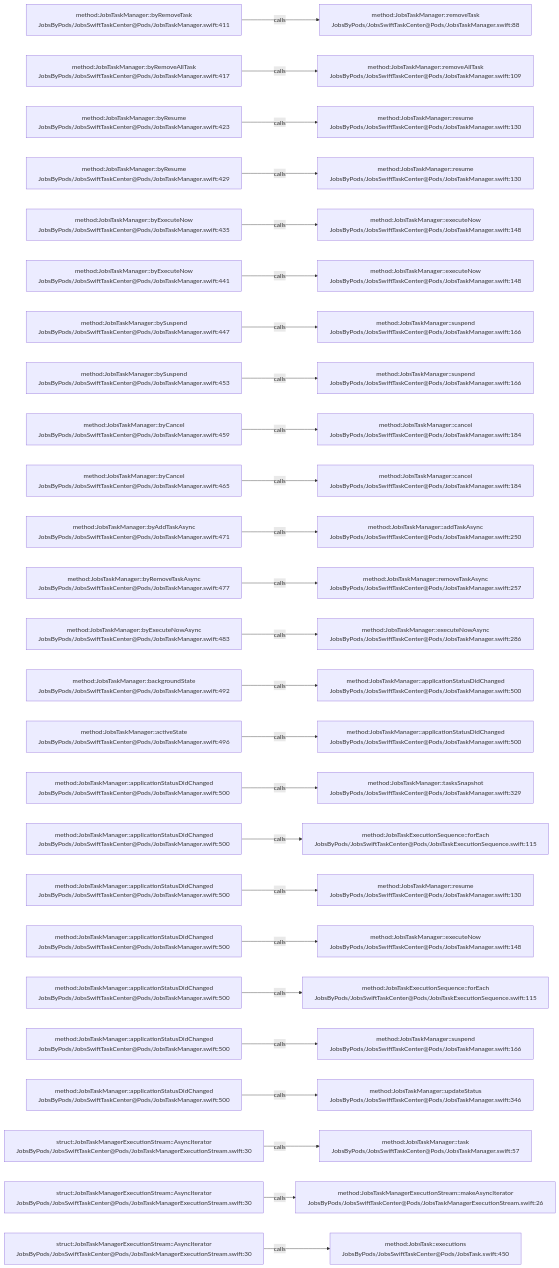
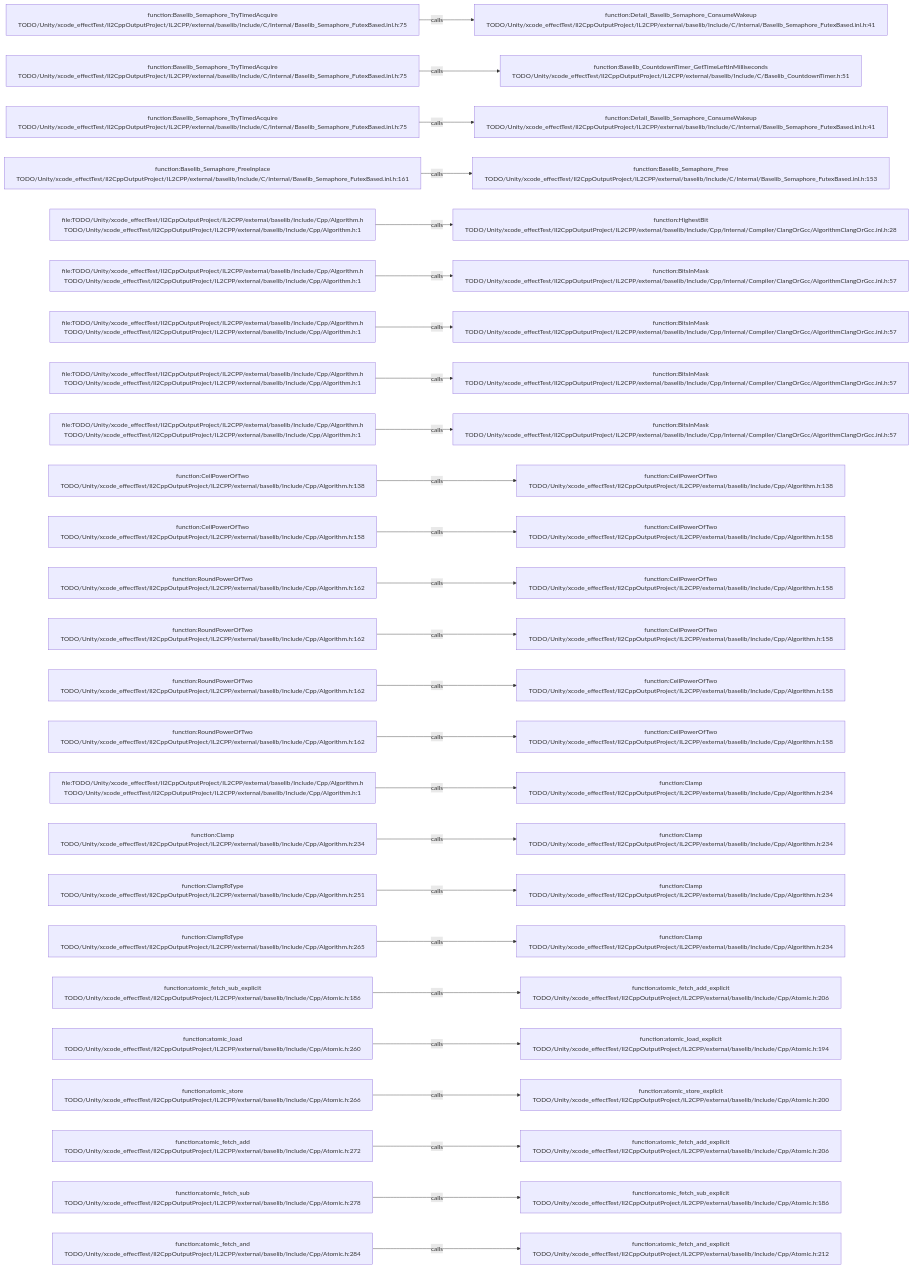
One commit to JobsKits/JobsSwiftBaseConfigDemo changed the diagram in .codegraph/codegraph.md/graphs/calls-058.md. Above: the diagram before and after it, drawn with Mermaid. The commit also changed 227 other files, not shown here.

````diff
--- a/.codegraph/codegraph.md/graphs/calls-058.md
+++ b/.codegraph/codegraph.md/graphs/calls-058.md
@@ -13,78 +13,78 @@
 ```mermaid
 flowchart LR
-  S1["method:JobsTaskManager::byRemoveTask<br/>JobsByPods/JobsSwiftTaskCenter@Pods/JobsTaskManager.swift:411"]
-  T1["method:JobsTaskManager::removeTask<br/>JobsByPods/JobsSwiftTaskCenter@Pods/JobsTaskManager.swift:88"]
+  S1["function:Baselib_Semaphore_TryTimedAcquire<br/>TODO/Unity/xcode_effectTest/Il2CppOutputProject/IL2CPP/external/baselib/Include/C/Internal/Baselib_Semaphore_FutexBased.inl.h:75"]
+  T1["function:Detail_Baselib_Semaphore_ConsumeWakeup<br/>TODO/Unity/xcode_effectTest/Il2CppOutputProject/IL2CPP/external/baselib/Include/C/Internal/Baselib_Semaphore_FutexBased.inl.h:41"]
   S1 -->|calls| T1
-  S2["method:JobsTaskManager::byRemoveAllTask<br/>JobsByPods/JobsSwiftTaskCenter@Pods/JobsTaskManager.swift:417"]
-  T2["method:JobsTaskManager::removeAllTask<br/>JobsByPods/JobsSwiftTaskCenter@Pods/JobsTaskManager.swift:109"]
+  S2["function:Baselib_Semaphore_TryTimedAcquire<br/>TODO/Unity/xcode_effectTest/Il2CppOutputProject/IL2CPP/external/baselib/Include/C/Internal/Baselib_Semaphore_FutexBased.inl.h:75"]
+  T2["function:Baselib_CountdownTimer_GetTimeLeftInMilliseconds<br/>TODO/Unity/xcode_effectTest/Il2CppOutputProject/IL2CPP/external/baselib/Include/C/Baselib_CountdownTimer.h:51"]
   S2 -->|calls| T2
-  S3["method:JobsTaskManager::byResume<br/>JobsByPods/JobsSwiftTaskCenter@Pods/JobsTaskManager.swift:423"]
-  T3["method:JobsTaskManager::resume<br/>JobsByPods/JobsSwiftTaskCenter@Pods/JobsTaskManager.swift:130"]
+  S3["function:Baselib_Semaphore_TryTimedAcquire<br/>TODO/Unity/xcode_effectTest/Il2CppOutputProject/IL2CPP/external/baselib/Include/C/Internal/Baselib_Semaphore_FutexBased.inl.h:75"]
+  T3["function:Detail_Baselib_Semaphore_ConsumeWakeup<br/>TODO/Unity/xcode_effectTest/Il2CppOutputProject/IL2CPP/external/baselib/Include/C/Internal/Baselib_Semaphore_FutexBased.inl.h:41"]
   S3 -->|calls| T3
-  S4["method:JobsTaskManager::byResume<br/>JobsByPods/JobsSwiftTaskCenter@Pods/JobsTaskManager.swift:429"]
-  T4["method:JobsTaskManager::resume<br/>JobsByPods/JobsSwiftTaskCenter@Pods/JobsTaskManager.swift:130"]
+  S4["function:Baselib_Semaphore_FreeInplace<br/>TODO/Unity/xcode_effectTest/Il2CppOutputProject/IL2CPP/external/baselib/Include/C/Internal/Baselib_Semaphore_FutexBased.inl.h:161"]
+  T4["function:Baselib_Semaphore_Free<br/>TODO/Unity/xcode_effectTest/Il2CppOutputProject/IL2CPP/external/baselib/Include/C/Internal/Baselib_Semaphore_FutexBased.inl.h:153"]
   S4 -->|calls| T4
-  S5["method:JobsTaskManager::byExecuteNow<br/>JobsByPods/JobsSwiftTaskCenter@Pods/JobsTaskManager.swift:435"]
-  T5["method:JobsTaskManager::executeNow<br/>JobsByPods/JobsSwiftTaskCenter@Pods/JobsTaskManager.swift:148"]
+  S5["file:TODO/Unity/xcode_effectTest/Il2CppOutputProject/IL2CPP/external/baselib/Include/Cpp/Algorithm.h<br/>TODO/Unity/xcode_effectTest/Il2CppOutputProject/IL2CPP/external/baselib/Include/Cpp/Algorithm.h:1"]
+  T5["function:HighestBit<br/>TODO/Unity/xcode_effectTest/Il2CppOutputProject/IL2CPP/external/baselib/Include/Cpp/Internal/Compiler/ClangOrGcc/AlgorithmClangOrGcc.inl.h:28"]
   S5 -->|calls| T5
-  S6["method:JobsTaskManager::byExecuteNow<br/>JobsByPods/JobsSwiftTaskCenter@Pods/JobsTaskManager.swift:441"]
-  T6["method:JobsTaskManager::executeNow<br/>JobsByPods/JobsSwiftTaskCenter@Pods/JobsTaskManager.swift:148"]
+  S6["file:TODO/Unity/xcode_effectTest/Il2CppOutputProject/IL2CPP/external/baselib/Include/Cpp/Algorithm.h<br/>TODO/Unity/xcode_effectTest/Il2CppOutputProject/IL2CPP/external/baselib/Include/Cpp/Algorithm.h:1"]
+  T6["function:BitsInMask<br/>TODO/Unity/xcode_effectTest/Il2CppOutputProject/IL2CPP/external/baselib/Include/Cpp/Internal/Compiler/ClangOrGcc/AlgorithmClangOrGcc.inl.h:57"]
   S6 -->|calls| T6
-  S7["method:JobsTaskManager::bySuspend<br/>JobsByPods/JobsSwiftTaskCenter@Pods/JobsTaskManager.swift:447"]
-  T7["method:JobsTaskManager::suspend<br/>JobsByPods/JobsSwiftTaskCenter@Pods/JobsTaskManager.swift:166"]
+  S7["file:TODO/Unity/xcode_effectTest/Il2CppOutputProject/IL2CPP/external/baselib/Include/Cpp/Algorithm.h<br/>TODO/Unity/xcode_effectTest/Il2CppOutputProject/IL2CPP/external/baselib/Include/Cpp/Algorithm.h:1"]
+  T7["function:BitsInMask<br/>TODO/Unity/xcode_effectTest/Il2CppOutputProject/IL2CPP/external/baselib/Include/Cpp/Internal/Compiler/ClangOrGcc/AlgorithmClangOrGcc.inl.h:57"]
   S7 -->|calls| T7
-  S8["method:JobsTaskManager::bySuspend<br/>JobsByPods/JobsSwiftTaskCenter@Pods/JobsTaskManager.swift:453"]
-  T8["method:JobsTaskManager::suspend<br/>JobsByPods/JobsSwiftTaskCenter@Pods/JobsTaskManager.swift:166"]
+  S8["file:TODO/Unity/xcode_effectTest/Il2CppOutputProject/IL2CPP/external/baselib/Include/Cpp/Algorithm.h<br/>TODO/Unity/xcode_effectTest/Il2CppOutputProject/IL2CPP/external/baselib/Include/Cpp/Algorithm.h:1"]
+  T8["function:BitsInMask<br/>TODO/Unity/xcode_effectTest/Il2CppOutputProject/IL2CPP/external/baselib/Include/Cpp/Internal/Compiler/ClangOrGcc/AlgorithmClangOrGcc.inl.h:57"]
   S8 -->|calls| T8
-  S9["method:JobsTaskManager::byCancel<br/>JobsByPods/JobsSwiftTaskCenter@Pods/JobsTaskManager.swift:459"]
-  T9["method:JobsTaskManager::cancel<br/>JobsByPods/JobsSwiftTaskCenter@Pods/JobsTaskManager.swift:184"]
+  S9["file:TODO/Unity/xcode_effectTest/Il2CppOutputProject/IL2CPP/external/baselib/Include/Cpp/Algorithm.h<br/>TODO/Unity/xcode_effectTest/Il2CppOutputProject/IL2CPP/external/baselib/Include/Cpp/Algorithm.h:1"]
+  T9["function:BitsInMask<br/>TODO/Unity/xcode_effectTest/Il2CppOutputProject/IL2CPP/external/baselib/Include/Cpp/Internal/Compiler/ClangOrGcc/AlgorithmClangOrGcc.inl.h:57"]
   S9 -->|calls| T9
-  S10["method:JobsTaskManager::byCancel<br/>JobsByPods/JobsSwiftTaskCenter@Pods/JobsTaskManager.swift:465"]
-  T10["method:JobsTaskManager::cancel<br/>JobsByPods/JobsSwiftTaskCenter@Pods/JobsTaskManager.swift:184"]
+  S10["function:CeilPowerOfTwo<br/>TODO/Unity/xcode_effectTest/Il2CppOutputProject/IL2CPP/external/baselib/Include/Cpp/Algorithm.h:138"]
+  T10["function:CeilPowerOfTwo<br/>TODO/Unity/xcode_effectTest/Il2CppOutputProject/IL2CPP/external/baselib/Include/Cpp/Algorithm.h:138"]
   S10 -->|calls| T10
-  S11["method:JobsTaskManager::byAddTaskAsync<br/>JobsByPods/JobsSwiftTaskCenter@Pods/JobsTaskManager.swift:471"]
-  T11["method:JobsTaskManager::addTaskAsync<br/>JobsByPods/JobsSwiftTaskCenter@Pods/JobsTaskManager.swift:250"]
+  S11["function:CeilPowerOfTwo<br/>TODO/Unity/xcode_effectTest/Il2CppOutputProject/IL2CPP/external/baselib/Include/Cpp/Algorithm.h:158"]
+  T11["function:CeilPowerOfTwo<br/>TODO/Unity/xcode_effectTest/Il2CppOutputProject/IL2CPP/external/baselib/Include/Cpp/Algorithm.h:158"]
   S11 -->|calls| T11
-  S12["method:JobsTaskManager::byRemoveTaskAsync<br/>JobsByPods/JobsSwiftTaskCenter@Pods/JobsTaskManager.swift:477"]
-  T12["method:JobsTaskManager::removeTaskAsync<br/>JobsByPods/JobsSwiftTaskCenter@Pods/JobsTaskManager.swift:257"]
+  S12["function:RoundPowerOfTwo<br/>TODO/Unity/xcode_effectTest/Il2CppOutputProject/IL2CPP/external/baselib/Include/Cpp/Algorithm.h:162"]
+  T12["function:CeilPowerOfTwo<br/>TODO/Unity/xcode_effectTest/Il2CppOutputProject/IL2CPP/external/baselib/Include/Cpp/Algorithm.h:158"]
   S12 -->|calls| T12
-  S13["method:JobsTaskManager::byExecuteNowAsync<br/>JobsByPods/JobsSwiftTaskCenter@Pods/JobsTaskManager.swift:483"]
-  T13["method:JobsTaskManager::executeNowAsync<br/>JobsByPods/JobsSwiftTaskCenter@Pods/JobsTaskManager.swift:286"]
+  S13["function:RoundPowerOfTwo<br/>TODO/Unity/xcode_effectTest/Il2CppOutputProject/IL2CPP/external/baselib/Include/Cpp/Algorithm.h:162"]
+  T13["function:CeilPowerOfTwo<br/>TODO/Unity/xcode_effectTest/Il2CppOutputProject/IL2CPP/external/baselib/Include/Cpp/Algorithm.h:158"]
   S13 -->|calls| T13
-  S14["method:JobsTaskManager::backgroundState<br/>JobsByPods/JobsSwiftTaskCenter@Pods/JobsTaskManager.swift:492"]
-  T14["method:JobsTaskManager::applicationStatusDidChanged<br/>JobsByPods/JobsSwiftTaskCenter@Pods/JobsTaskManager.swift:500"]
+  S14["function:RoundPowerOfTwo<br/>TODO/Unity/xcode_effectTest/Il2CppOutputProject/IL2CPP/external/baselib/Include/Cpp/Algorithm.h:162"]
+  T14["function:CeilPowerOfTwo<br/>TODO/Unity/xcode_effectTest/Il2CppOutputProject/IL2CPP/external/baselib/Include/Cpp/Algorithm.h:158"]
   S14 -->|calls| T14
-  S15["method:JobsTaskManager::activeState<br/>JobsByPods/JobsSwiftTaskCenter@Pods/JobsTaskManager.swift:496"]
-  T15["method:JobsTaskManager::applicationStatusDidChanged<br/>JobsByPods/JobsSwiftTaskCenter@Pods/JobsTaskManager.swift:500"]
+  S15["function:RoundPowerOfTwo<br/>TODO/Unity/xcode_effectTest/Il2CppOutputProject/IL2CPP/external/baselib/Include/Cpp/Algorithm.h:162"]
+  T15["function:CeilPowerOfTwo<br/>TODO/Unity/xcode_effectTest/Il2CppOutputProject/IL2CPP/external/baselib/Include/Cpp/Algorithm.h:158"]
   S15 -->|calls| T15
-  S16["method:JobsTaskManager::applicationStatusDidChanged<br/>JobsByPods/JobsSwiftTaskCenter@Pods/JobsTaskManager.swift:500"]
-  T16["method:JobsTaskManager::tasksSnapshot<br/>JobsByPods/JobsSwiftTaskCenter@Pods/JobsTaskManager.swift:329"]
+  S16["file:TODO/Unity/xcode_effectTest/Il2CppOutputProject/IL2CPP/external/baselib/Include/Cpp/Algorithm.h<br/>TODO/Unity/xcode_effectTest/Il2CppOutputProject/IL2CPP/external/baselib/Include/Cpp/Algorithm.h:1"]
+  T16["function:Clamp<br/>TODO/Unity/xcode_effectTest/Il2CppOutputProject/IL2CPP/external/baselib/Include/Cpp/Algorithm.h:234"]
   S16 -->|calls| T16
-  S17["method:JobsTaskManager::applicationStatusDidChanged<br/>JobsByPods/JobsSwiftTaskCenter@Pods/JobsTaskManager.swift:500"]
-  T17["method:JobsTaskExecutionSequence::forEach<br/>JobsByPods/JobsSwiftTaskCenter@Pods/JobsTaskExecutionSequence.swift:115"]
+  S17["function:Clamp<br/>TODO/Unity/xcode_effectTest/Il2CppOutputProject/IL2CPP/external/baselib/Include/Cpp/Algorithm.h:234"]
+  T17["function:Clamp<br/>TODO/Unity/xcode_effectTest/Il2CppOutputProject/IL2CPP/external/baselib/Include/Cpp/Algorithm.h:234"]
   S17 -->|calls| T17
-  S18["method:JobsTaskManager::applicationStatusDidChanged<br/>JobsByPods/JobsSwiftTaskCenter@Pods/JobsTaskManager.swift:500"]
-  T18["method:JobsTaskManager::resume<br/>JobsByPods/JobsSwiftTaskCenter@Pods/JobsTaskManager.swift:130"]
+  S18["function:ClampToType<br/>TODO/Unity/xcode_effectTest/Il2CppOutputProject/IL2CPP/external/baselib/Include/Cpp/Algorithm.h:251"]
+  T18["function:Clamp<br/>TODO/Unity/xcode_effectTest/Il2CppOutputProject/IL2CPP/external/baselib/Include/Cpp/Algorithm.h:234"]
   S18 -->|calls| T18
-  S19["method:JobsTaskManager::applicationStatusDidChanged<br/>JobsByPods/JobsSwiftTaskCenter@Pods/JobsTaskManager.swift:500"]
-  T19["method:JobsTaskManager::executeNow<br/>JobsByPods/JobsSwiftTaskCenter@Pods/JobsTaskManager.swift:148"]
+  S19["function:ClampToType<br/>TODO/Unity/xcode_effectTest/Il2CppOutputProject/IL2CPP/external/baselib/Include/Cpp/Algorithm.h:265"]
+  T19["function:Clamp<br/>TODO/Unity/xcode_effectTest/Il2CppOutputProject/IL2CPP/external/baselib/Include/Cpp/Algorithm.h:234"]
   S19 -->|calls| T19
-  S20["method:JobsTaskManager::applicationStatusDidChanged<br/>JobsByPods/JobsSwiftTaskCenter@Pods/JobsTaskManager.swift:500"]
-  T20["method:JobsTaskExecutionSequence::forEach<br/>JobsByPods/JobsSwiftTaskCenter@Pods/JobsTaskExecutionSequence.swift:115"]
+  S20["function:atomic_fetch_sub_explicit<br/>TODO/Unity/xcode_effectTest/Il2CppOutputProject/IL2CPP/external/baselib/Include/Cpp/Atomic.h:186"]
+  T20["function:atomic_fetch_add_explicit<br/>TODO/Unity/xcode_effectTest/Il2CppOutputProject/IL2CPP/external/baselib/Include/Cpp/Atomic.h:206"]
   S20 -->|calls| T20
-  S21["method:JobsTaskManager::applicationStatusDidChanged<br/>JobsByPods/JobsSwiftTaskCenter@Pods/JobsTaskManager.swift:500"]
-  T21["method:JobsTaskManager::suspend<br/>JobsByPods/JobsSwiftTaskCenter@Pods/JobsTaskManager.swift:166"]
+  S21["function:atomic_load<br/>TODO/Unity/xcode_effectTest/Il2CppOutputProject/IL2CPP/external/baselib/Include/Cpp/Atomic.h:260"]
+  T21["function:atomic_load_explicit<br/>TODO/Unity/xcode_effectTest/Il2CppOutputProject/IL2CPP/external/baselib/Include/Cpp/Atomic.h:194"]
   S21 -->|calls| T21
-  S22["method:JobsTaskManager::applicationStatusDidChanged<br/>JobsByPods/JobsSwiftTaskCenter@Pods/JobsTaskManager.swift:500"]
-  T22["method:JobsTaskManager::updateStatus<br/>JobsByPods/JobsSwiftTaskCenter@Pods/JobsTaskManager.swift:346"]
+  S22["function:atomic_store<br/>TODO/Unity/xcode_effectTest/Il2CppOutputProject/IL2CPP/external/baselib/Include/Cpp/Atomic.h:266"]
+  T22["function:atomic_store_explicit<br/>TODO/Unity/xcode_effectTest/Il2CppOutputProject/IL2CPP/external/baselib/Include/Cpp/Atomic.h:200"]
   S22 -->|calls| T22
-  S23["struct:JobsTaskManagerExecutionStream::AsyncIterator<br/>JobsByPods/JobsSwiftTaskCenter@Pods/JobsTaskManagerExecutionStream.swift:30"]
-  T23["method:JobsTaskManager::task<br/>JobsByPods/JobsSwiftTaskCenter@Pods/JobsTaskManager.swift:57"]
+  S23["function:atomic_fetch_add<br/>TODO/Unity/xcode_effectTest/Il2CppOutputProject/IL2CPP/external/baselib/Include/Cpp/Atomic.h:272"]
+  T23["function:atomic_fetch_add_explicit<br/>TODO/Unity/xcode_effectTest/Il2CppOutputProject/IL2CPP/external/baselib/Include/Cpp/Atomic.h:206"]
   S23 -->|calls| T23
-  S24["struct:JobsTaskManagerExecutionStream::AsyncIterator<br/>JobsByPods/JobsSwiftTaskCenter@Pods/JobsTaskManagerExecutionStream.swift:30"]
-  T24["method:JobsTaskManagerExecutionStream::makeAsyncIterator<br/>JobsByPods/JobsSwiftTaskCenter@Pods/JobsTaskManagerExecutionStream.swift:26"]
+  S24["function:atomic_fetch_sub<br/>TODO/Unity/xcode_effectTest/Il2CppOutputProject/IL2CPP/external/baselib/Include/Cpp/Atomic.h:278"]
+  T24["function:atomic_fetch_sub_explicit<br/>TODO/Unity/xcode_effectTest/Il2CppOutputProject/IL2CPP/external/baselib/Include/Cpp/Atomic.h:186"]
   S24 -->|calls| T24
-  S25["struct:JobsTaskManagerExecutionStream::AsyncIterator<br/>JobsByPods/JobsSwiftTaskCenter@Pods/JobsTaskManagerExecutionStream.swift:30"]
-  T25["method:JobsTask::executions<br/>JobsByPods/JobsSwiftTaskCenter@Pods/JobsTask.swift:450"]
+  S25["function:atomic_fetch_and<br/>TODO/Unity/xcode_effectTest/Il2CppOutputProject/IL2CPP/external/baselib/Include/Cpp/Atomic.h:284"]
+  T25["function:atomic_fetch_and_explicit<br/>TODO/Unity/xcode_effectTest/Il2CppOutputProject/IL2CPP/external/baselib/Include/Cpp/Atomic.h:212"]
   S25 -->|calls| T25
 ```
````
